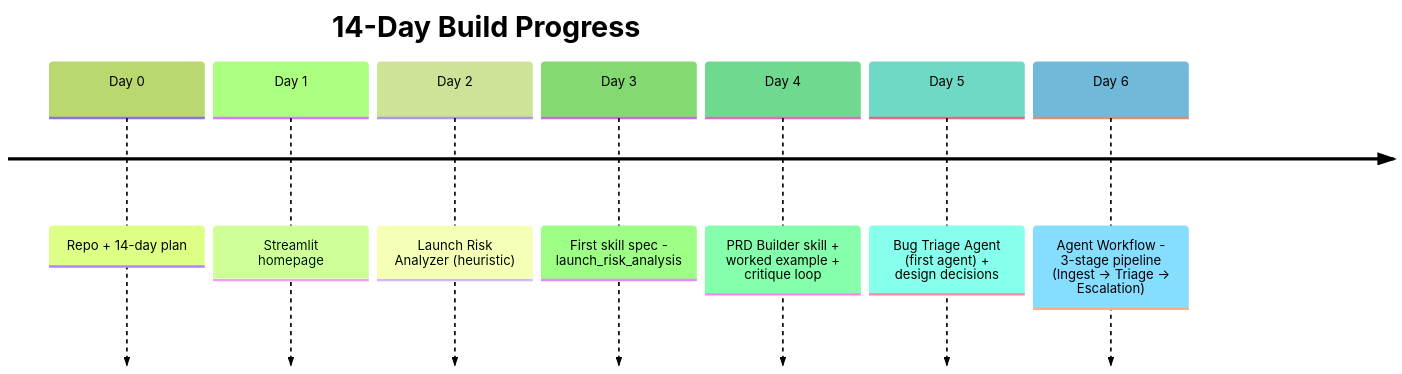
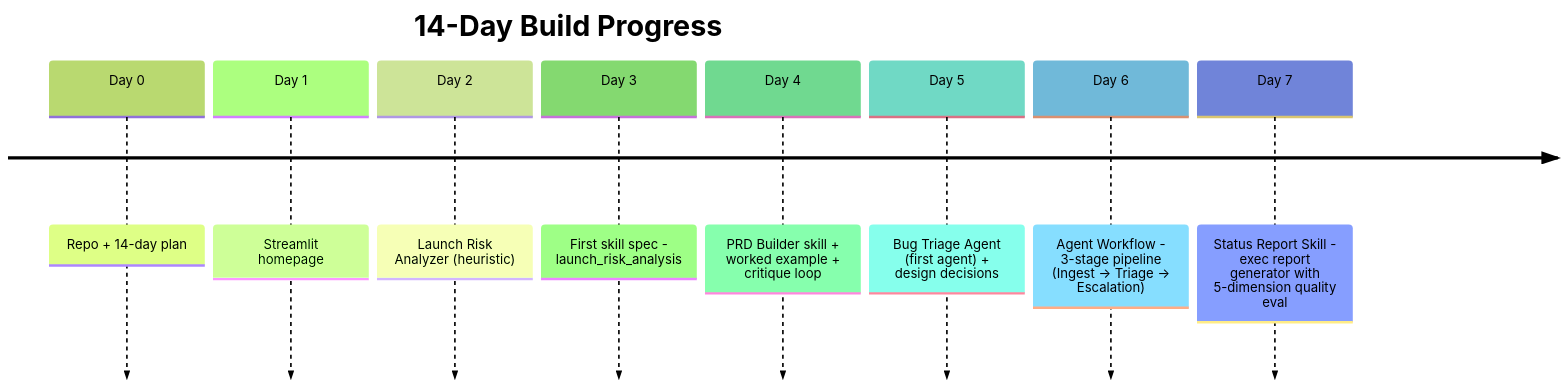
One commit to shwsingh/pm-tpm-ai-tools changed the first of 2 diagrams in README.md. Above: the diagram before and after it, drawn with Mermaid (forest theme). The commit also changed other lines of this file and 4 other files, not shown here.

First line of the commit message:
Day 7 - Status Report Skill with 5-dimension quality eval

````diff
--- a/README.md
+++ b/README.md
@@ -84,11 +84,12 @@
 ```mermaid
 timeline
     title 14-Day Build Progress
     Day 0  : Repo + 14-day plan
     Day 1  : Streamlit homepage
     Day 2  : Launch Risk Analyzer (heuristic)
     Day 3  : First skill spec - launch_risk_analysis
     Day 4  : PRD Builder skill + worked example + critique loop
     Day 5  : Bug Triage Agent (first agent) + design decisions
     Day 6  : Agent Workflow - 3-stage pipeline (Ingest → Triage → Escalation)
+    Day 7  : Status Report Skill - exec report generator with 5-dimension quality eval
 ```
````
